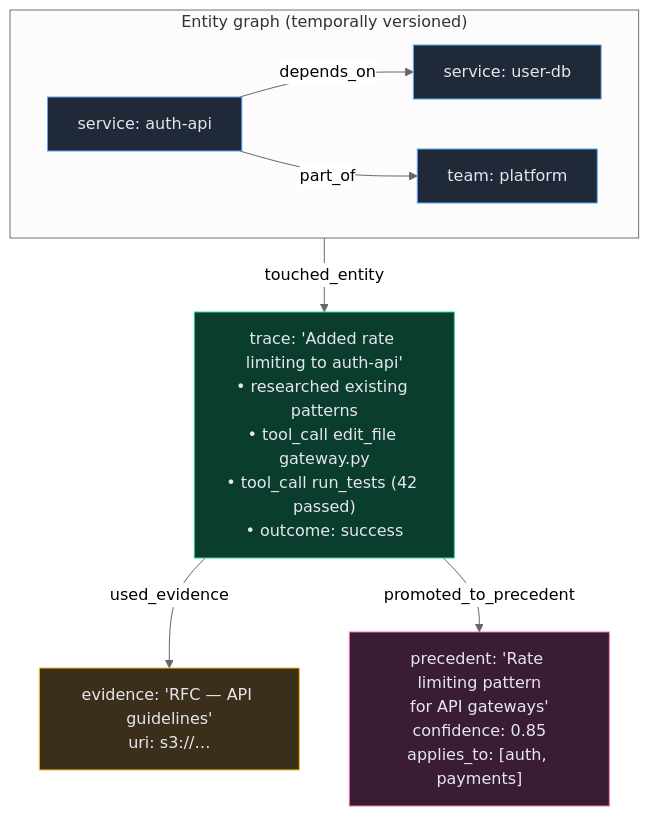
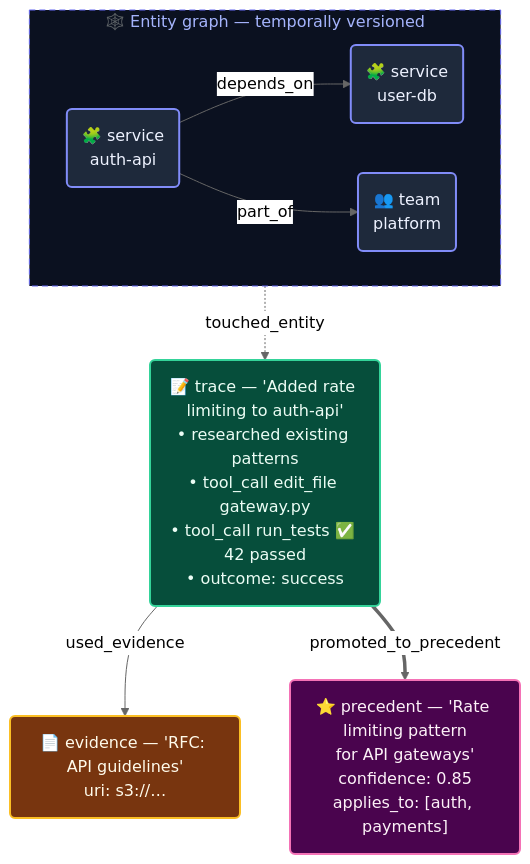
One commit to ronsse/trellis-ai changed the third of 6 diagrams in README.md. Above: the diagram before and after it, drawn with Mermaid (neutral theme). The commit also changed other lines of this file, not shown here.

First line of the commit message:
docs(readme): redesign all six diagrams for readability

````diff
--- a/README.md
+++ b/README.md
@@ -145,25 +153,27 @@
 ```mermaid
+%%{init: {"flowchart": {"curve": "basis"}}}%%
 flowchart TB
-    subgraph Graph["Entity graph (temporally versioned)"]
+    subgraph Graph["🕸️ Entity graph — temporally versioned"]
         direction LR
-        A["service: auth-api"] -- depends_on --> B["service: user-db"]
-        A -- part_of --> C["team: platform"]
+        A("🧩 service<br/>auth-api") -- depends_on --> B("🧩 service<br/>user-db")
+        A -- part_of --> C("👥 team<br/>platform")
     end
 
-    T["trace: 'Added rate limiting to auth-api'<br/>• researched existing patterns<br/>• tool_call edit_file gateway.py<br/>• tool_call run_tests (42 passed)<br/>• outcome: success"]
-    E["evidence: 'RFC — API guidelines'<br/>uri: s3://…"]
-    P["precedent: 'Rate limiting pattern<br/>for API gateways'<br/>confidence: 0.85<br/>applies_to: [auth, payments]"]
+    T("📝 trace — 'Added rate limiting to auth-api'<br/>• researched existing patterns<br/>• tool_call edit_file gateway.py<br/>• tool_call run_tests ✅ 42 passed<br/>• outcome: success")
+    E("📄 evidence — 'RFC: API guidelines'<br/>uri: s3://…")
+    P("⭐ precedent — 'Rate limiting pattern<br/>for API gateways'<br/>confidence: 0.85<br/>applies_to: [auth, payments]")
 
-    A -- touched_entity --> T
+    A -. touched_entity .-> T
     T -- used_evidence --> E
-    T -- promoted_to_precedent --> P
+    T == promoted_to_precedent ==> P
 
-    classDef entity fill:#1f2937,stroke:#60a5fa,stroke-width:1px,color:#e5e7eb;
-    classDef trace fill:#0b3d2e,stroke:#34d399,stroke-width:1px,color:#e5e7eb;
-    classDef evidence fill:#3b2f1c,stroke:#fbbf24,stroke-width:1px,color:#e5e7eb;
-    classDef precedent fill:#3b1c36,stroke:#f472b6,stroke-width:1px,color:#e5e7eb;
+    classDef entity fill:#1e293b,stroke:#818cf8,stroke-width:2px,color:#eef2ff;
+    classDef trace fill:#064e3b,stroke:#34d399,stroke-width:2px,color:#ecfdf5;
+    classDef evidence fill:#78350f,stroke:#fbbf24,stroke-width:2px,color:#fffbeb;
+    classDef precedent fill:#4a044e,stroke:#f472b6,stroke-width:2px,color:#fdf2f8;
     class A,B,C entity;
     class T trace;
     class E evidence;
     class P precedent;
+    style Graph fill:#0b1120,stroke:#6366f1,stroke-width:1px,stroke-dasharray:6 4,color:#a5b4fc;
 ```
````
